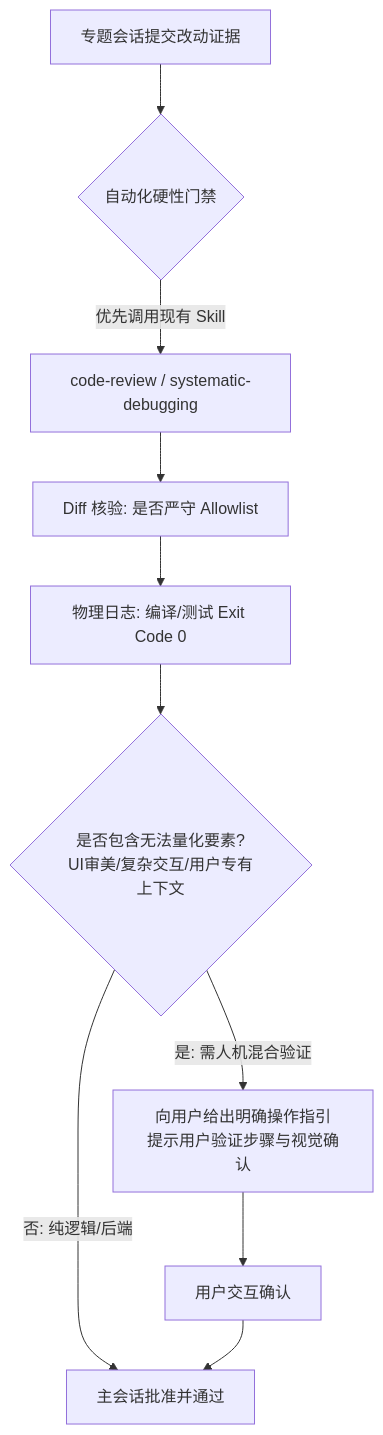
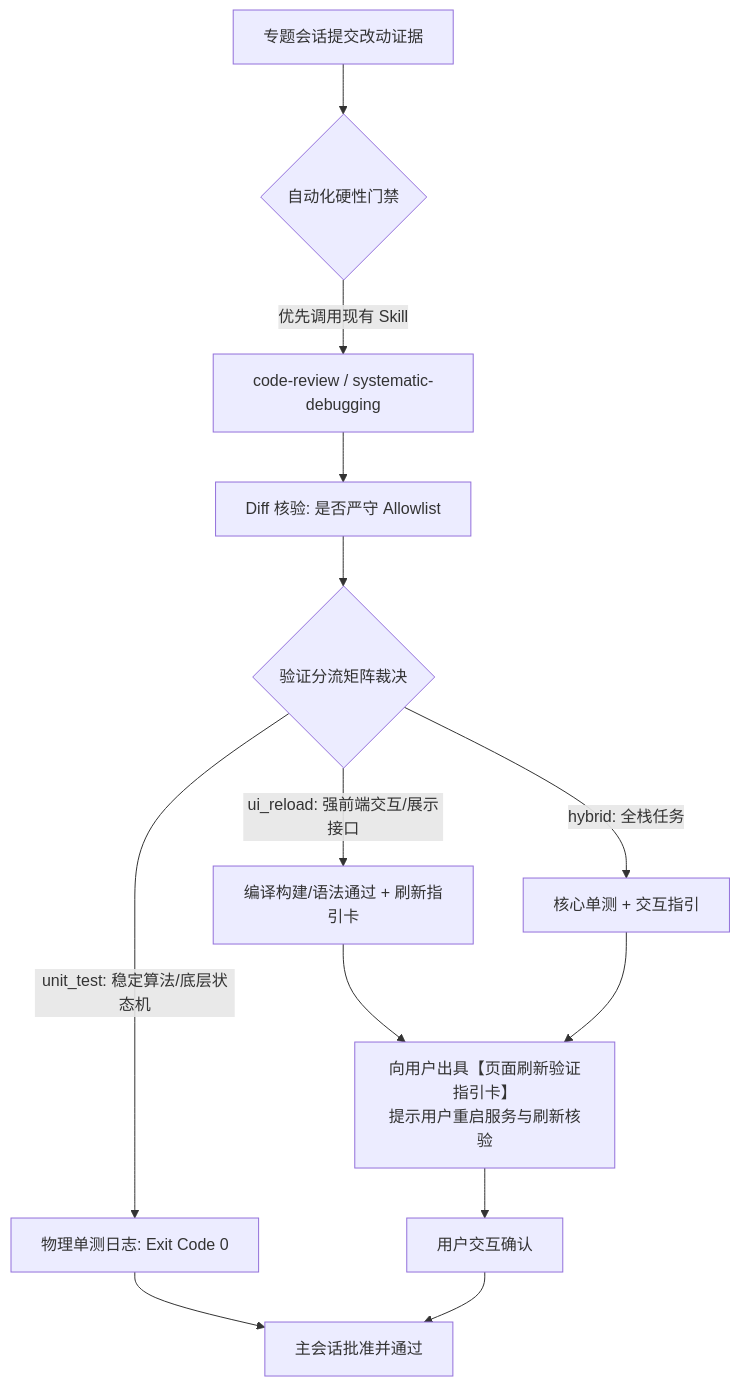
The diagram in references/dispatch-contract.md (JHJ1848/task-loop), drawn with Mermaid before and after one commit. The commit also changed other lines of this file and 30 other files, not shown here.

````diff
--- a/references/dispatch-contract.md
+++ b/references/dispatch-contract.md
@@ -87,12 +87,16 @@
 ```mermaid
 flowchart TD
     Report[专题会话提交改动证据] --> AutoCheck{自动化硬性门禁}
     AutoCheck -->|优先调用现有 Skill| CodeReview[code-review / systematic-debugging]
     CodeReview --> DiffCheck[Diff 核验: 是否严守 Allowlist]
-    DiffCheck --> LogCheck[物理日志: 编译/测试 Exit Code 0]
+    DiffCheck --> TriageCheck{验证分流矩阵裁决}
+
+    TriageCheck -->|unit_test: 稳定算法/底层状态机| LogCheck[物理单测日志: Exit Code 0]
+    TriageCheck -->|ui_reload: 强前端交互/展示接口| BuildCheck[编译构建/语法通过 + 刷新指引卡]
+    TriageCheck -->|hybrid: 全栈任务| HybridCheck[核心单测 + 交互指引]
     
-    LogCheck --> IsComplex{是否包含无法量化要素?<br/>UI审美/复杂交互/用户专有上下文}
-    IsComplex -->|否: 纯逻辑/后端| Pass[主会话批准并通过]
-    IsComplex -->|是: 需人机混合验证| PromptUser[向用户给出明确操作指引<br/>提示用户验证步骤与视觉确认]
+    LogCheck --> Pass[主会话批准并通过]
+    BuildCheck --> PromptUser[向用户出具【页面刷新验证指引卡】<br/>提示用户重启服务与刷新核验]
+    HybridCheck --> PromptUser
     PromptUser --> UserConfirm[用户交互确认] --> Pass
 ```
````
